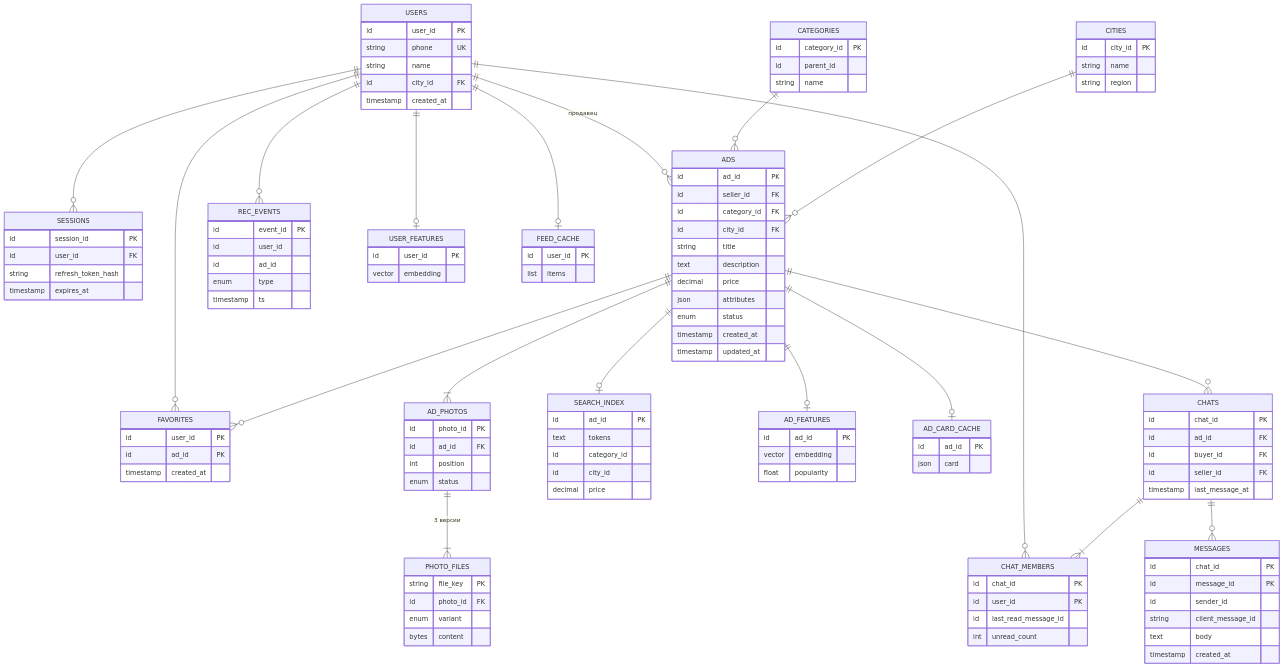
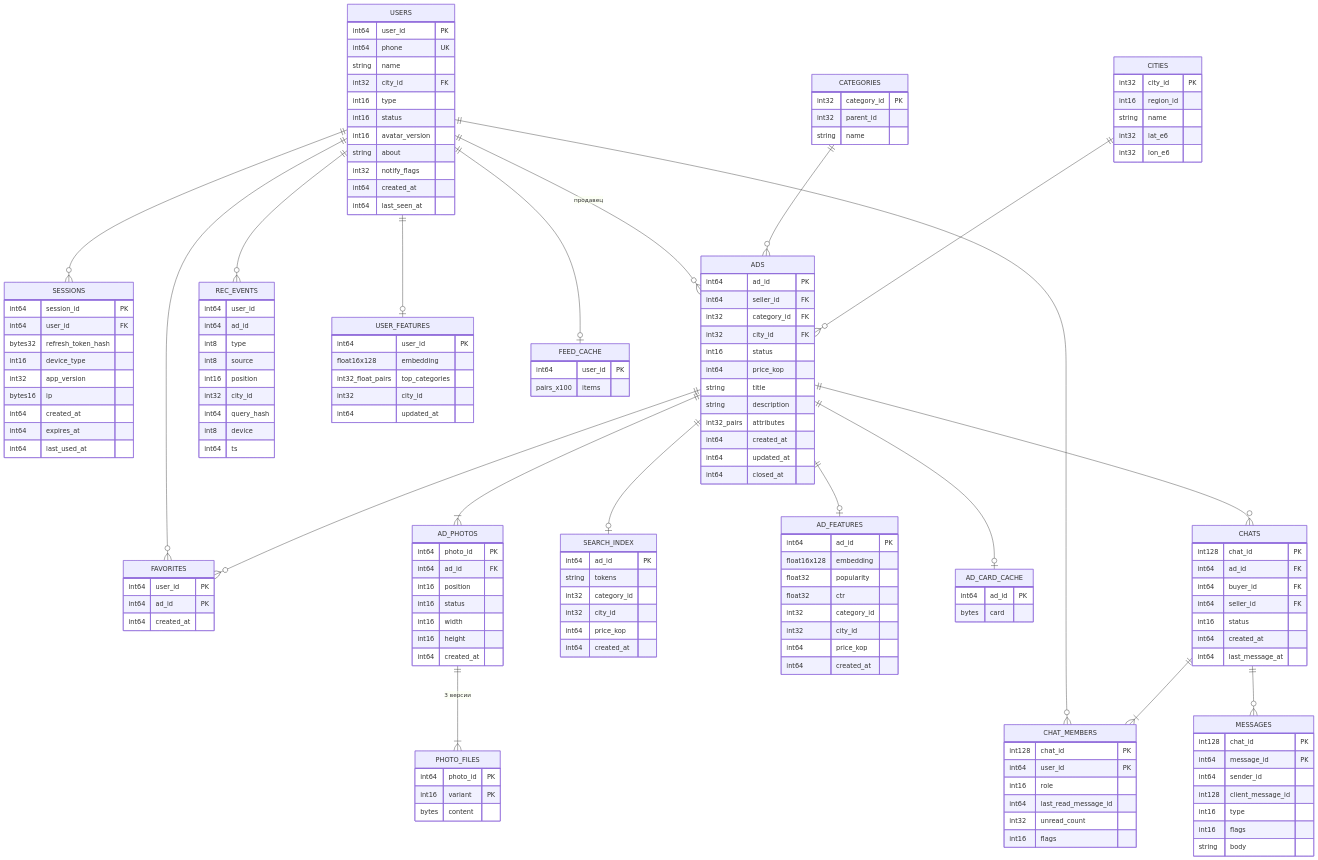
Before and after one commit to grishacake/highload_technopark: the first of 3 diagrams in README.md, drawn with Mermaid. The commit also changed other lines of this file, not shown here.

````diff
--- a/README.md
+++ b/README.md
@@ -496,108 +496,142 @@
     CHATS ||--o{ MESSAGES : ""
 
     USERS {
-        id user_id PK
-        string phone UK
+        int64 user_id PK
+        int64 phone UK
         string name
-        id city_id FK
-        timestamp created_at
+        int32 city_id FK
+        int16 type
+        int16 status
+        int16 avatar_version
+        string about
+        int32 notify_flags
+        int64 created_at
+        int64 last_seen_at
     }
     SESSIONS {
-        id session_id PK
-        id user_id FK
-        string refresh_token_hash
-        timestamp expires_at
+        int64 session_id PK
+        int64 user_id FK
+        bytes32 refresh_token_hash
+        int16 device_type
+        int32 app_version
+        bytes16 ip
+        int64 created_at
+        int64 expires_at
+        int64 last_used_at
     }
     CATEGORIES {
-        id category_id PK
-        id parent_id
+        int32 category_id PK
+        int32 parent_id
         string name
     }
     CITIES {
-        id city_id PK
+        int32 city_id PK
+        int16 region_id
         string name
-        string region
+        int32 lat_e6
+        int32 lon_e6
     }
     ADS {
-        id ad_id PK
-        id seller_id FK
-        id category_id FK
-        id city_id FK
+        int64 ad_id PK
+        int64 seller_id FK
+        int32 category_id FK
+        int32 city_id FK
+        int16 status
+        int64 price_kop
         string title
-        text description
-        decimal price
-        json attributes
-        enum status
-        timestamp created_at
-        timestamp updated_at
+        string description
+        int32_pairs attributes
+        int64 created_at
+        int64 updated_at
+        int64 closed_at
     }
     AD_PHOTOS {
-        id photo_id PK
-        id ad_id FK
-        int position
-        enum status
+        int64 photo_id PK
+        int64 ad_id FK
+        int16 position
+        int16 status
+        int16 width
+        int16 height
+        int64 created_at
     }
     PHOTO_FILES {
-        string file_key PK
-        id photo_id FK
-        enum variant
+        int64 photo_id PK
+        int16 variant PK
         bytes content
     }
     SEARCH_INDEX {
-        id ad_id PK
-        text tokens
-        id category_id
-        id city_id
-        decimal price
+        int64 ad_id PK
+        string tokens
+        int32 category_id
+        int32 city_id
+        int64 price_kop
+        int64 created_at
     }
     FAVORITES {
-        id user_id PK
-        id ad_id PK
-        timestamp created_at
+        int64 user_id PK
+        int64 ad_id PK
+        int64 created_at
     }
     CHATS {
-        id chat_id PK
-        id ad_id FK
-        id buyer_id FK
-        id seller_id FK
-        timestamp last_message_at
+        int128 chat_id PK
+        int64 ad_id FK
+        int64 buyer_id FK
+        int64 seller_id FK
+        int16 status
+        int64 created_at
+        int64 last_message_at
     }
     CHAT_MEMBERS {
-        id chat_id PK
-        id user_id PK
-        id last_read_message_id
-        int unread_count
+        int128 chat_id PK
+        int64 user_id PK
+        int16 role
+        int64 last_read_message_id
+        int32 unread_count
+        int16 flags
     }
     MESSAGES {
-        id chat_id PK
-        id message_id PK
-        id sender_id
-        string client_message_id
-        text body
-        timestamp created_at
+        int128 chat_id PK
+        int64 message_id PK
+        int64 sender_id
+        int128 client_message_id
+        int16 type
+        int16 flags
+        string body
     }
     REC_EVENTS {
-        id event_id PK
-        id user_id
-        id ad_id
-        enum type
-        timestamp ts
+        int64 user_id
+        int64 ad_id
+        int8 type
+        int8 source
+        int16 position
+        int32 city_id
+        int64 query_hash
+        int8 device
+        int64 ts
     }
     USER_FEATURES {
-        id user_id PK
-        vector embedding
+        int64 user_id PK
+        float16x128 embedding
+        int32_float_pairs top_categories
+        int32 city_id
+        int64 updated_at
     }
     AD_FEATURES {
-        id ad_id PK
-        vector embedding
-        float popularity
+        int64 ad_id PK
+        float16x128 embedding
+        float32 popularity
+        float32 ctr
+        int32 category_id
+        int32 city_id
+        int64 price_kop
+        int64 created_at
     }
     FEED_CACHE {
-        id user_id PK
-        list items
+        int64 user_id PK
+        pairs_x100 items
     }
     AD_CARD_CACHE {
-        id ad_id PK
-        json card
+        int64 ad_id PK
+        bytes card
     }
 ```
````
